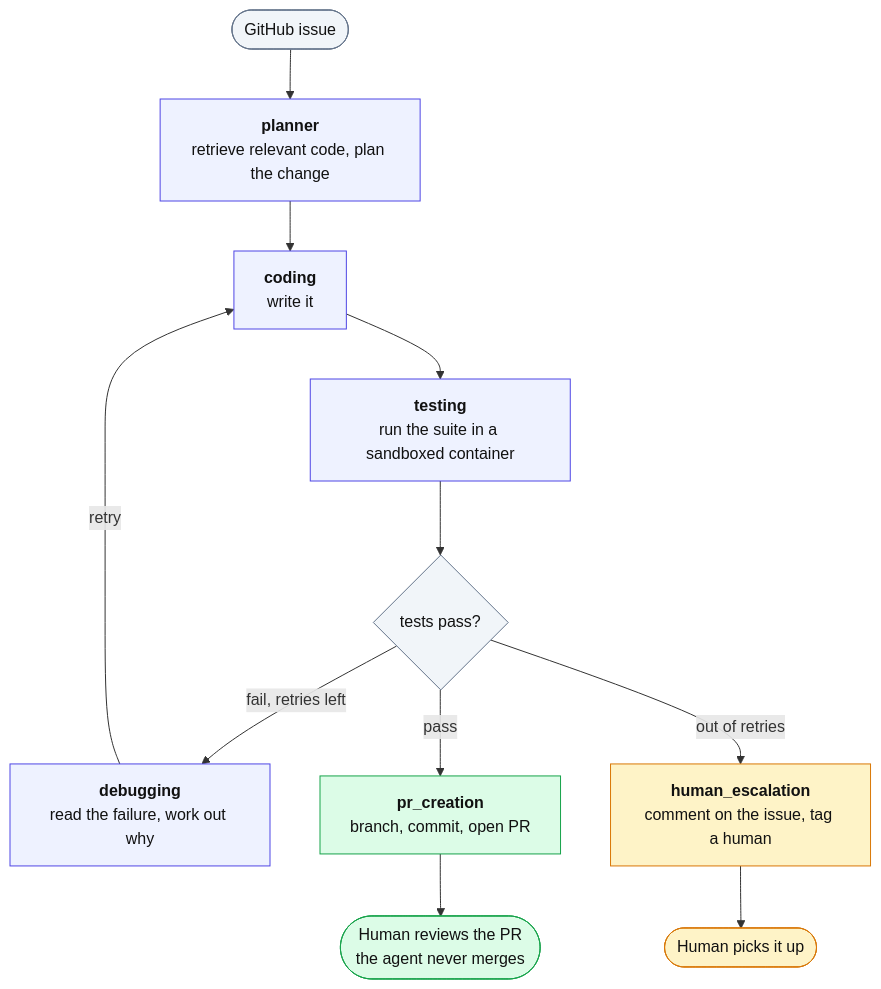
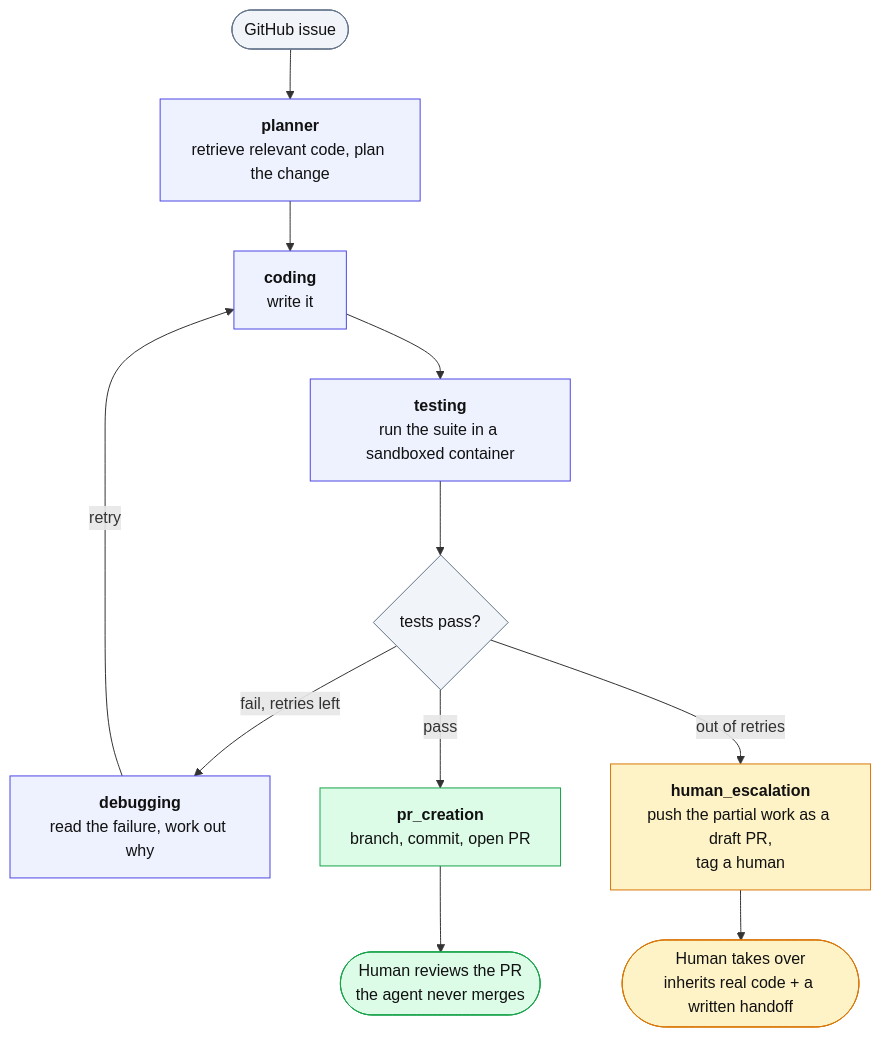
The diagram in README.md (idiocter/autonomous-development-agent), drawn with Mermaid before and after one commit. The commit also changed other lines of this file and 2 other files, not shown here.

First line of the commit message:
Update the diagram and README for the handoff

````diff
--- a/README.md
+++ b/README.md
@@ -37,32 +39,32 @@
 ```mermaid
 flowchart TD
     issue(["GitHub issue"]) --> planner
 
     planner["<b>planner</b><br/>retrieve relevant code, plan the change"]
     coding["<b>coding</b><br/>write it"]
     testing["<b>testing</b><br/>run the suite in a sandboxed container"]
     debugging["<b>debugging</b><br/>read the failure, work out why"]
     pr["<b>pr_creation</b><br/>branch, commit, open PR"]
-    escalation["<b>human_escalation</b><br/>comment on the issue, tag a human"]
+    escalation["<b>human_escalation</b><br/>push the partial work as a draft PR,<br/>tag a human"]
 
     planner --> coding --> testing --> gate{"tests pass?"}
 
     gate -->|pass| pr
     gate -->|"fail, retries left"| debugging
     gate -->|"out of retries"| escalation
 
     debugging -->|retry| coding
 
     pr --> review(["Human reviews the PR<br/>the agent never merges"])
-    escalation --> human(["Human picks it up"])
+    escalation --> human(["Human takes over<br/>inherits real code + a written handoff"])
 
     classDef node fill:#eef2ff,stroke:#4f46e5,stroke-width:1px,color:#111
     classDef good fill:#dcfce7,stroke:#16a34a,stroke-width:1px,color:#111
     classDef warn fill:#fef3c7,stroke:#d97706,stroke-width:1px,color:#111
     classDef edge fill:#f1f5f9,stroke:#64748b,stroke-width:1px,color:#111
 
     class planner,coding,testing,debugging node
     class pr,review good
     class escalation,human warn
     class issue,gate edge
 ```
````
